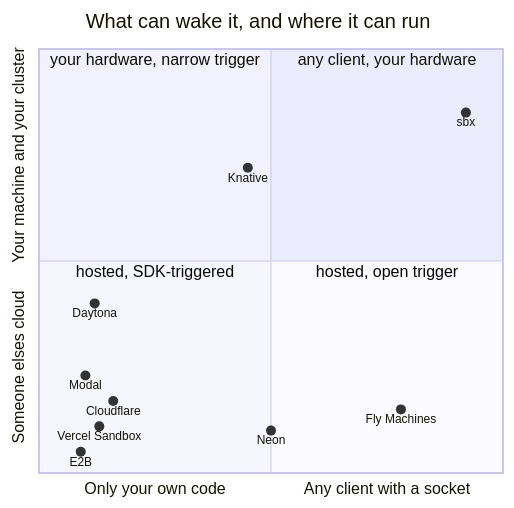
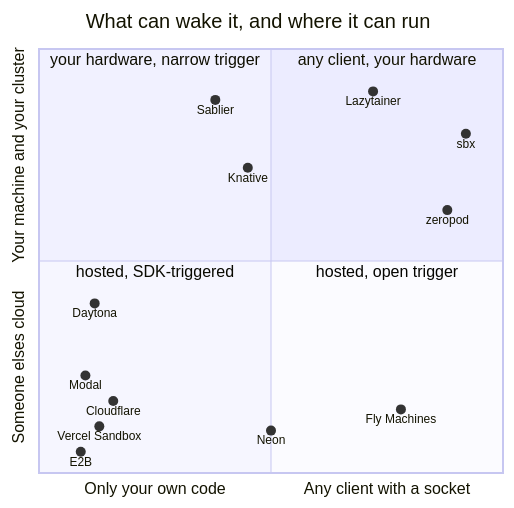
One commit to aryanmehrotra/sbx changed the second of 2 diagrams in docs/COMPARISON.md. Above: the diagram before and after it, drawn with Mermaid. The commit also changed other lines of this file and 1 other file, not shown here.

````diff
--- a/docs/COMPARISON.md
+++ b/docs/COMPARISON.md
@@ -151,19 +151,22 @@
 ```mermaid
 quadrantChart
     title What can wake it, and where it can run
     x-axis Only your own code --> Any client with a socket
     y-axis Someone elses cloud --> Your machine and your cluster
     quadrant-1 any client, your hardware
     quadrant-2 your hardware, narrow trigger
     quadrant-3 hosted, SDK-triggered
     quadrant-4 hosted, open trigger
-    sbx: [0.92, 0.85]
+    sbx: [0.92, 0.80]
+    zeropod: [0.88, 0.62]
+    Lazytainer: [0.72, 0.90]
+    Sablier: [0.38, 0.88]
     Knative: [0.45, 0.72]
     Daytona: [0.12, 0.40]
     Fly Machines: [0.78, 0.15]
     Neon: [0.50, 0.10]
     Modal: [0.10, 0.23]
     Cloudflare: [0.16, 0.17]
     Vercel Sandbox: [0.13, 0.11]
     E2B: [0.09, 0.05]
 ```
````
